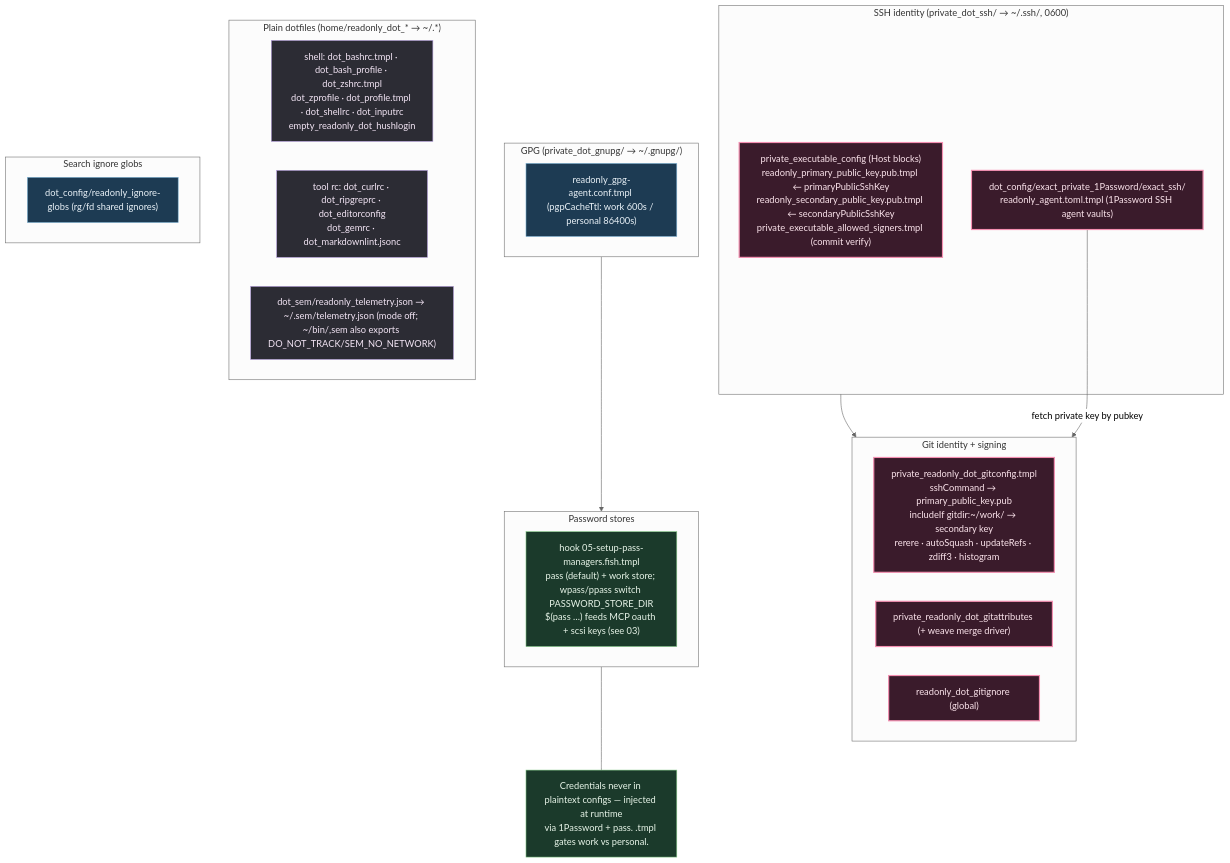
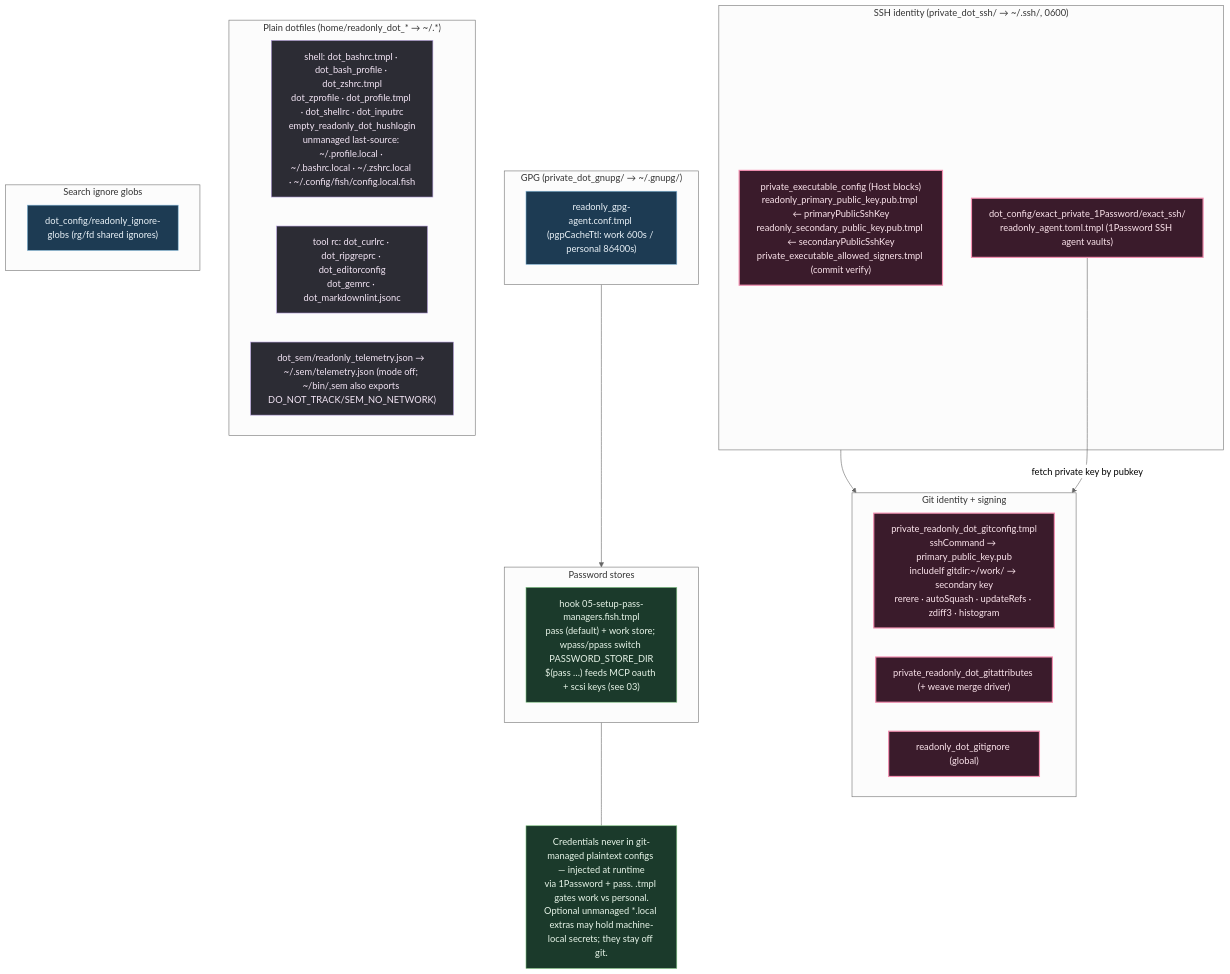
The diagram in .mermaids/08-security-and-dotfiles.mmd (kapral18/dotfiles), drawn with Mermaid (neutral theme) before and after one commit. The commit also changed 117 other files, not shown here.

```diff
--- a/.mermaids/08-security-and-dotfiles.mmd
+++ b/.mermaids/08-security-and-dotfiles.mmd
@@ -1,45 +1,45 @@
 %% ============================================================================
 %% 08-security-and-dotfiles.mmd — Identity, secrets, signing, and the plain
 %% dotfiles (rc files) deployed to $HOME. private_ = 0600; .pub keys are
 %% templated from init prompts. No private keys ever on disk (1Password agent).
 %% ============================================================================
 flowchart TB
     classDef id fill:#3a1b2b,stroke:#f48fb1,color:#fce4ec,stroke-width:2px;
     classDef sec fill:#1d3b53,stroke:#7fb3d5,color:#eaf2f8;
     classDef rc fill:#2c2c34,stroke:#b39ddb,color:#f3e5f5;
     classDef pass fill:#1b3a2b,stroke:#81c784,color:#e8f5e9;
 
     subgraph SSH["SSH identity (private_dot_ssh/ → ~/.ssh/, 0600)"]
         CFG["private_executable_config (Host blocks)<br/>readonly_primary_public_key.pub.tmpl ← primaryPublicSshKey<br/>readonly_secondary_public_key.pub.tmpl ← secondaryPublicSshKey<br/>private_executable_allowed_signers.tmpl (commit verify)"]:::id
         OPAGENT["dot_config/exact_private_1Password/exact_ssh/<br/>readonly_agent.toml.tmpl (1Password SSH agent vaults)"]:::id
     end
 
     subgraph GIT["Git identity + signing"]
         GC["private_readonly_dot_gitconfig.tmpl<br/>sshCommand → primary_public_key.pub<br/>includeIf gitdir:~/work/ → secondary key<br/>rerere · autoSquash · updateRefs · zdiff3 · histogram"]:::id
         GA["private_readonly_dot_gitattributes (+ weave merge driver)"]:::id
         GI["readonly_dot_gitignore (global)"]:::id
     end
     SSH --> GIT
     OPAGENT -->|fetch private key by pubkey| GIT
 
     subgraph GPG["GPG (private_dot_gnupg/ → ~/.gnupg/)"]
         GAG["readonly_gpg-agent.conf.tmpl (pgpCacheTtl: work 600s / personal 86400s)"]:::sec
     end
 
     subgraph PASS["Password stores"]
         PM["hook 05-setup-pass-managers.fish.tmpl<br/>pass (default) + work store; wpass/ppass switch PASSWORD_STORE_DIR<br/>$(pass …) feeds MCP oauth + scsi keys (see 03)"]:::pass
     end
     GPG --> PASS
 
     subgraph RCFILES["Plain dotfiles (home/readonly_dot_* → ~/.*)"]
-        SH["shell: dot_bashrc.tmpl · dot_bash_profile · dot_zshrc.tmpl<br/>dot_zprofile · dot_profile.tmpl · dot_shellrc · dot_inputrc<br/>empty_readonly_dot_hushlogin"]:::rc
+        SH["shell: dot_bashrc.tmpl · dot_bash_profile · dot_zshrc.tmpl<br/>dot_zprofile · dot_profile.tmpl · dot_shellrc · dot_inputrc<br/>empty_readonly_dot_hushlogin<br/>unmanaged last-source: ~/.profile.local · ~/.bashrc.local · ~/.zshrc.local · ~/.config/fish/config.local.fish"]:::rc
         TOOLRC["tool rc: dot_curlrc · dot_ripgreprc · dot_editorconfig<br/>dot_gemrc · dot_markdownlint.jsonc"]:::rc
         SEMRC["dot_sem/readonly_telemetry.json → ~/.sem/telemetry.json (mode off; ~/bin/,sem also exports DO_NOT_TRACK/SEM_NO_NETWORK)"]:::rc
     end
 
     subgraph IGNGLOB["Search ignore globs"]
         IG["dot_config/readonly_ignore-globs (rg/fd shared ignores)"]:::sec
     end
 
-    NOTE["Credentials never in plaintext configs — injected at runtime<br/>via 1Password + pass. .tmpl gates work vs personal."]:::pass
+    NOTE["Credentials never in git-managed plaintext configs — injected at runtime<br/>via 1Password + pass. .tmpl gates work vs personal.<br/>Optional unmanaged *.local extras may hold machine-local secrets; they stay off git."]:::pass
     PASS --- NOTE
```
